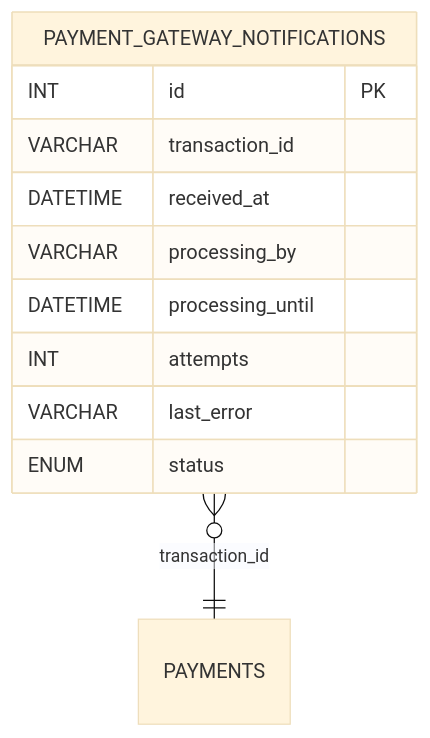
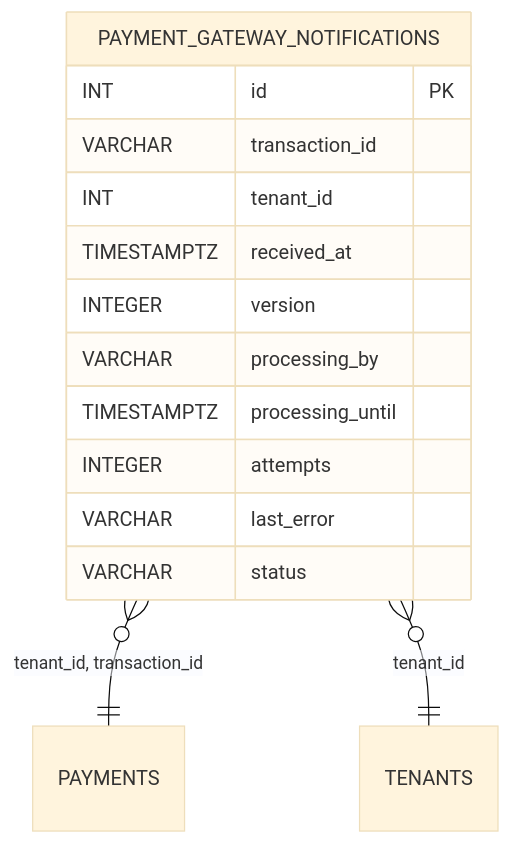
Before and after one commit to blackcatdatabase/table-payment-gateway-notifications: the diagram in README.md, drawn with Mermaid (base theme). The commit also changed other lines of this file and 26 other files, not shown here.

First line of the commit message:
Regen schema (#1)

````diff
--- a/README.md
+++ b/README.md
@@ -54,14 +60,17 @@
 ```mermaid
 erDiagram
   PAYMENT_GATEWAY_NOTIFICATIONS {
     INT id PK
     VARCHAR transaction_id
-    DATETIME received_at
+    INT tenant_id
+    TIMESTAMPTZ received_at
+    INTEGER version
     VARCHAR processing_by
-    DATETIME processing_until
-    INT attempts
+    TIMESTAMPTZ processing_until
+    INTEGER attempts
     VARCHAR last_error
-    ENUM status
+    VARCHAR status
   }
-  PAYMENT_GATEWAY_NOTIFICATIONS }o--|| PAYMENTS : "transaction_id"
+  PAYMENT_GATEWAY_NOTIFICATIONS }o--|| PAYMENTS : "tenant_id, transaction_id"
+  PAYMENT_GATEWAY_NOTIFICATIONS }o--|| TENANTS : "tenant_id"
 ```
````
